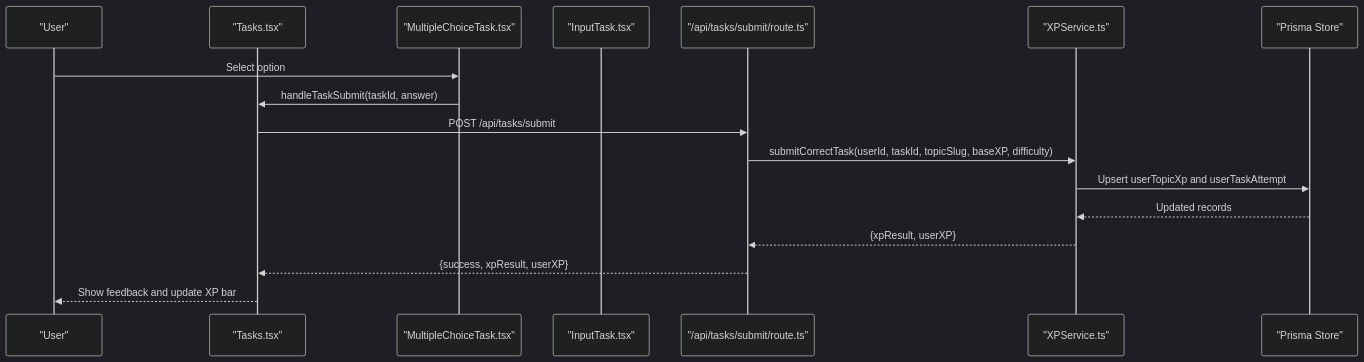
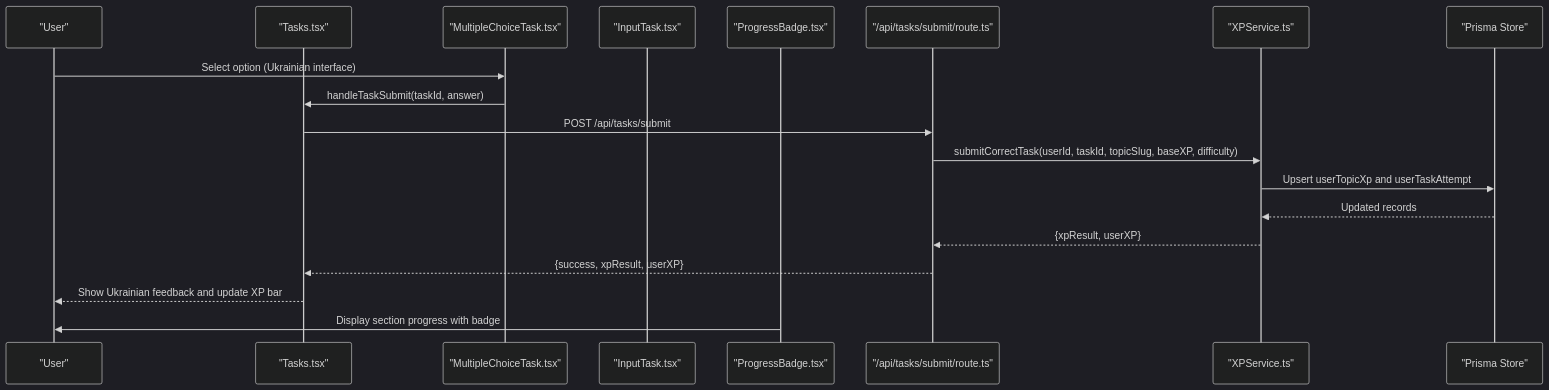
One commit to AlexKutz/math-app-next-js changed the second of 10 diagrams in .qoder/repowiki/en/content/Core Features/Learning Interface/Learning Interface.md. Above: the diagram before and after it, drawn with Mermaid (dark theme). The commit also changed other lines of this file and 9 other files, not shown here.

````diff
--- a/.qoder/repowiki/en/content/Core Features/Learning Interface/Learning Interface.md
+++ b/.qoder/repowiki/en/content/Core Features/Learning Interface/Learning Interface.md
@@ -136,19 +174,21 @@
 ```mermaid
 sequenceDiagram
 participant U as "User"
 participant UI as "Tasks.tsx"
 participant MC as "MultipleChoiceTask.tsx"
 participant IT as "InputTask.tsx"
+participant PB as "ProgressBadge.tsx"
 participant API as "/api/tasks/submit/route.ts"
 participant SVC as "XPService.ts"
 participant DB as "Prisma Store"
-U->>MC : Select option
+U->>MC : Select option (Ukrainian interface)
 MC->>UI : handleTaskSubmit(taskId, answer)
 UI->>API : POST /api/tasks/submit
 API->>SVC : submitCorrectTask(userId, taskId, topicSlug, baseXP, difficulty)
 SVC->>DB : Upsert userTopicXp and userTaskAttempt
 DB-->>SVC : Updated records
 SVC-->>API : {xpResult, userXP}
 API-->>UI : {success, xpResult, userXP}
-UI-->>U : Show feedback and update XP bar
+UI-->>U : Show Ukrainian feedback and update XP bar
+PB->>U : Display section progress with badge
 ```
````
